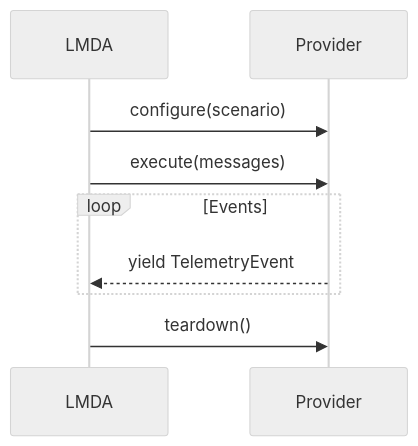
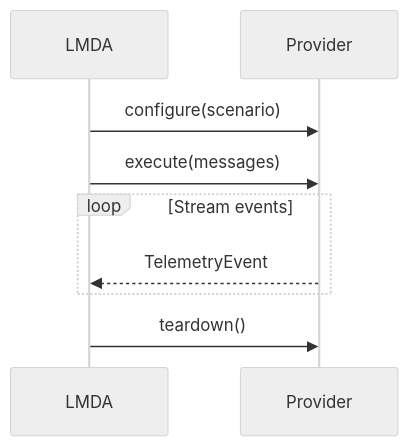
One commit to AatozInnoInc/leave-my-data-alone changed the second of 3 diagrams in docs/PROVIDER-GUIDE.md. Above: the diagram before and after it, drawn with Mermaid (neutral theme). The commit also changed other lines of this file, not shown here.

````diff
--- a/docs/PROVIDER-GUIDE.md
+++ b/docs/PROVIDER-GUIDE.md
@@ -32,11 +33,11 @@
 ```mermaid
 sequenceDiagram
   participant LMDA
   participant Provider
   LMDA->>Provider: configure(scenario)
   LMDA->>Provider: execute(messages)
-  loop Events
-    Provider-->>LMDA: yield TelemetryEvent
+  loop Stream events
+    Provider-->>LMDA: TelemetryEvent
   end
   LMDA->>Provider: teardown()
 ```
````
